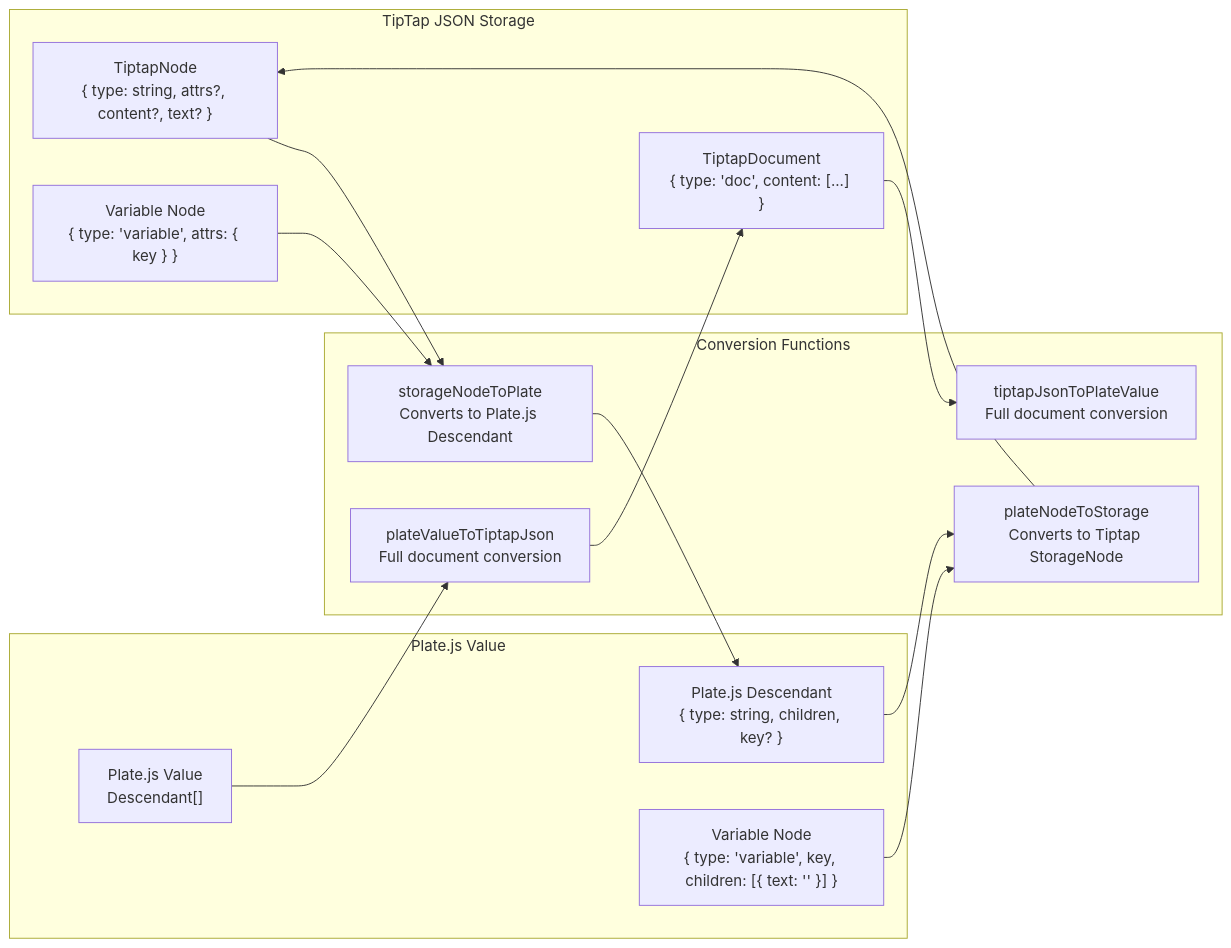
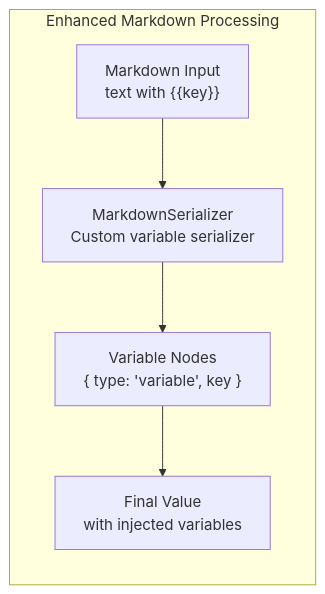
Before and after one commit to SinesysTech/zattar-os: the seventh of 8 diagrams in .qoder/repowiki/en/content/Document Management and AI Editor/AI-Assisted Document Editing.md, drawn with Mermaid. The commit also changed other lines of this file and 4 other files, not shown here.

````diff
--- a/.qoder/repowiki/en/content/Document Management and AI Editor/AI-Assisted Document Editing.md
+++ b/.qoder/repowiki/en/content/Document Management and AI Editor/AI-Assisted Document Editing.md
@@ -357,28 +415,12 @@
 ```mermaid
 flowchart LR
-subgraph "TipTap JSON Storage"
-TDoc["TiptapDocument<br/>{ type: 'doc', content: [...] }"]
-TNode["TiptapNode<br/>{ type: string, attrs?, content?, text? }"]
-TVar["Variable Node<br/>{ type: 'variable', attrs: { key } }"]
+subgraph "Enhanced Markdown Processing"
+MD["Markdown Input<br/>text with {{key}}"]
+SER["MarkdownSerializer<br/>Custom variable serializer"]
+VAR["Variable Nodes<br/>{ type: 'variable', key }"]
+END["Final Value<br/>with injected variables"]
 end
-subgraph "Conversion Functions"
-Conv1["storageNodeToPlate<br/>Converts to Plate.js Descendant"]
-Conv2["plateNodeToStorage<br/>Converts to Tiptap StorageNode"]
-Conv3["tiptapJsonToPlateValue<br/>Full document conversion"]
-Conv4["plateValueToTiptapJson<br/>Full document conversion"]
-end
-subgraph "Plate.js Value"
-PVal["Plate.js Value<br/>Descendant[]"]
-PNode["Plate.js Descendant<br/>{ type: string, children, key? }"]
-PVar["Variable Node<br/>{ type: 'variable', key, children: [{ text: '' }] }"]
-end
-TDoc --> Conv3
-TNode --> Conv1
-TVar --> Conv1
-Conv1 --> PNode
-Conv2 --> TNode
-Conv4 --> TDoc
-PVal --> Conv4
-PNode --> Conv2
-PVar --> Conv2
+MD --> SER
+SER --> VAR
+VAR --> END
 ```
````
